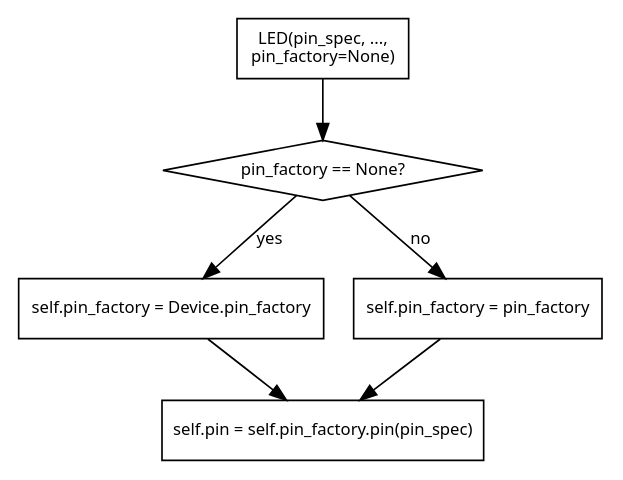
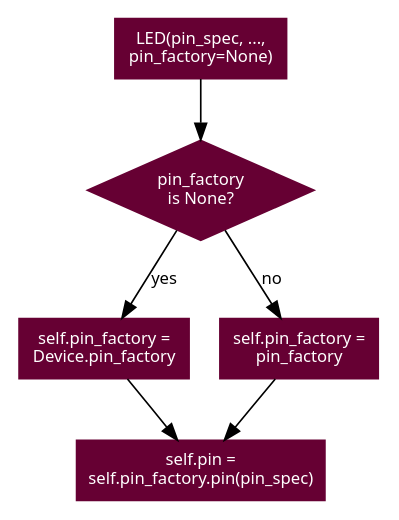
Before and after one commit to gpiozero/gpiozero: the diagram in docs/images/device_pin_flowchart.dot, drawn with Graphviz. The commit also changed 54 other files, not shown here.

```diff
--- a/docs/images/device_pin_flowchart.dot
+++ b/docs/images/device_pin_flowchart.dot
@@ -1,19 +1,19 @@
 /* vim: set et sw=4 sts=4: */
 
 digraph device_pins {
     graph [rankdir=TB];
-    node [shape=rect, shape=filled, fontname=Sans, fontsize=10];
+    node [shape=rect, style=filled, color="#660033", fontname=Sans, fontcolor="#ffffff", fontsize=10];
     edge [fontname=Sans, fontsize=10];
 
     constructor [label="LED(pin_spec, ...,\npin_factory=None)"];
-    pin_factory_kwarg [shape=diamond,label="pin_factory == None?"];
-    default_factory [label="self.pin_factory = Device.pin_factory"];
-    override_factory [label="self.pin_factory = pin_factory"];
-    factory_pin [label="self.pin = self.pin_factory.pin(pin_spec)"];
+    pin_factory_kwarg [shape=diamond,label="pin_factory\nis None?"];
+    default_factory [label="self.pin_factory =\nDevice.pin_factory"];
+    override_factory [label="self.pin_factory =\npin_factory"];
+    factory_pin [label="self.pin =\nself.pin_factory.pin(pin_spec)"];
 
     constructor->pin_factory_kwarg;
     pin_factory_kwarg->default_factory [label="yes"];
     pin_factory_kwarg->override_factory [label="no"];
     default_factory->factory_pin;
     override_factory->factory_pin;
 }
```
